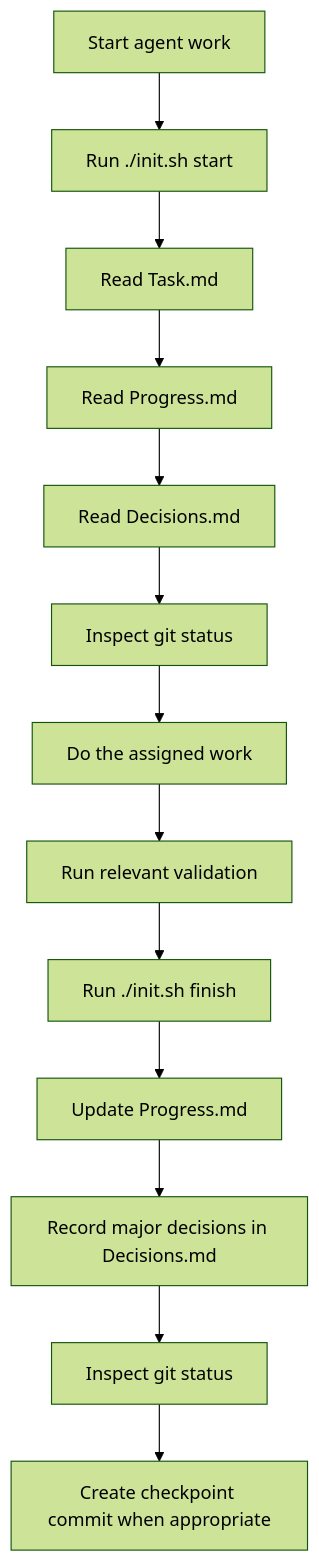
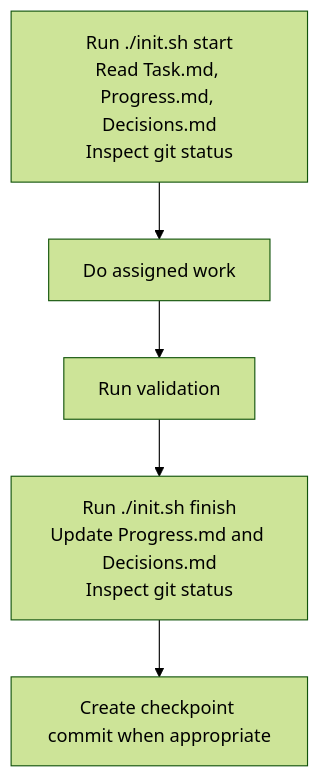
Before and after one commit to yenhao-huang/AICUP_ESG2026: the diagram in README.md, drawn with Mermaid (forest theme).

Commit message:
docs: simplify init workflow diagram

````diff
--- a/README.md
+++ b/README.md
@@ -28,15 +28,8 @@
 ```mermaid
 flowchart TD
-    A[Start agent work] --> B[Run ./init.sh start]
-    B --> C[Read Task.md]
-    C --> D[Read Progress.md]
-    D --> E[Read Decisions.md]
-    E --> F[Inspect git status]
-    F --> G[Do the assigned work]
-    G --> H[Run relevant validation]
-    H --> I[Run ./init.sh finish]
-    I --> J[Update Progress.md]
-    J --> K[Record major decisions in Decisions.md]
-    K --> L[Inspect git status]
-    L --> M[Create checkpoint commit when appropriate]
+    A[Run ./init.sh start<br/>Read Task.md, Progress.md, Decisions.md<br/>Inspect git status]
+    A --> B[Do assigned work]
+    B --> C[Run validation]
+    C --> D[Run ./init.sh finish<br/>Update Progress.md and Decisions.md<br/>Inspect git status]
+    D --> E[Create checkpoint commit when appropriate]
 ```
````
